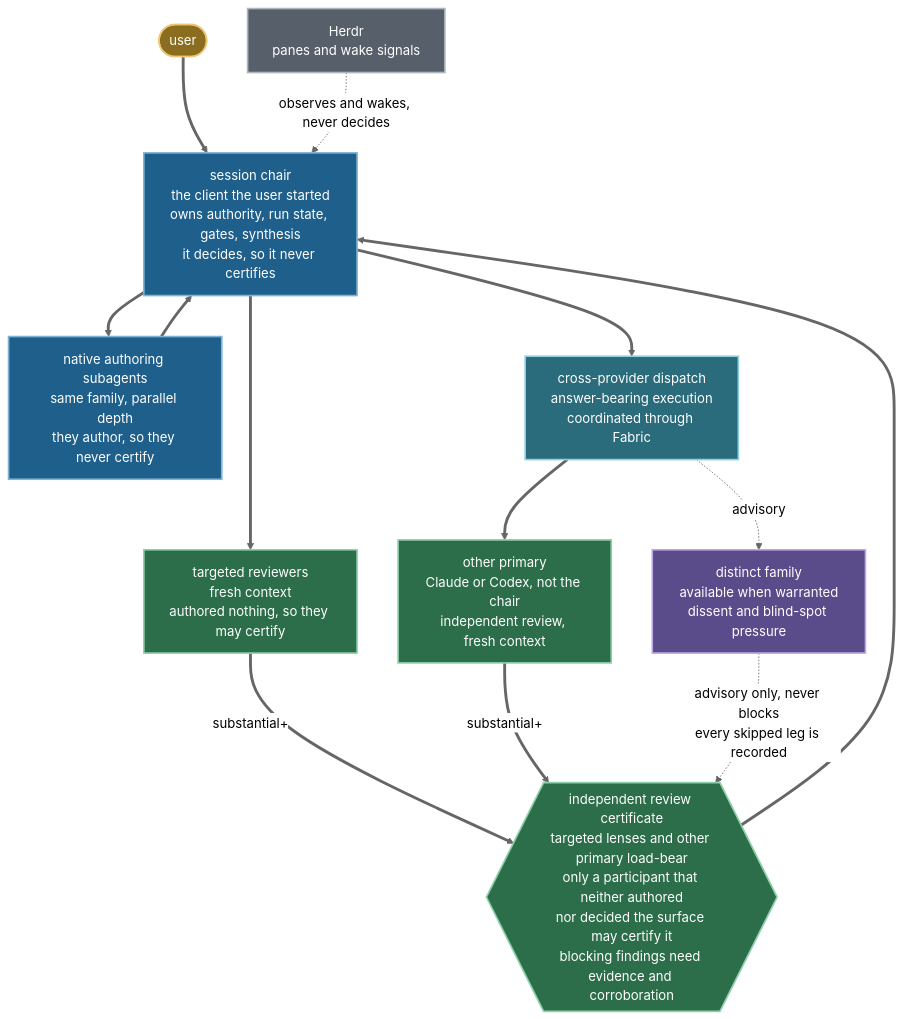
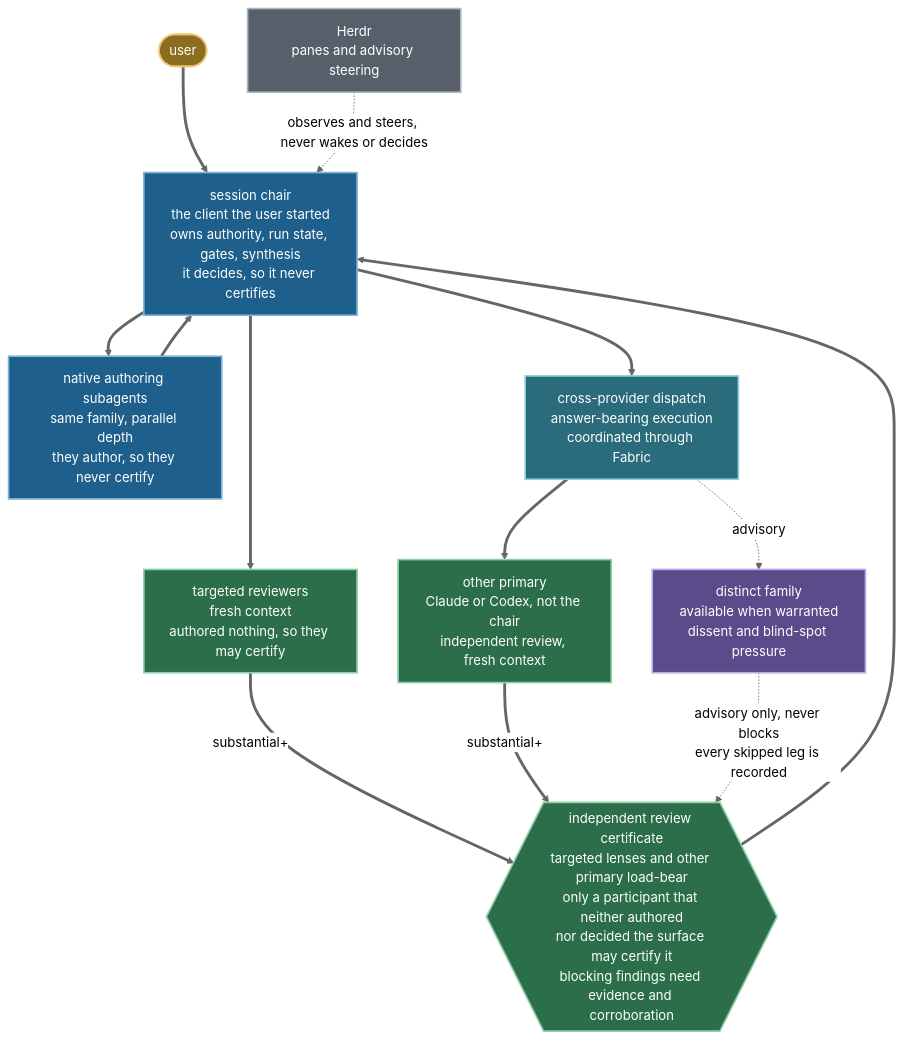
One commit to mblauberg/provenant changed the third of 3 diagrams in docs/ARCHITECTURE.md. Above: the diagram before and after it, drawn with Mermaid (neutral theme). The commit also changed other lines of this file and 23 other files, not shown here.

````diff
--- a/docs/ARCHITECTURE.md
+++ b/docs/ARCHITECTURE.md
@@ -286,37 +286,37 @@
 ```mermaid
 flowchart TB
     accTitle: Review topology, blocking and non-blocking legs
-    accDescr: The user starts one client, and that client is the session chair. The chair fans out to native authoring subagents in its own family for parallel depth; because they write the work they may never certify it, and neither may the chair, which decides. Review then runs on targeted lenses and the other primary from the substantial tier upwards. Those legs are drawn solid because they can block the run; the delivery validator rejects a receipt that reaches acceptance missing either requirement. A distinct family attaches through the same fabric as advisory pressure, drawn dashed because availability is risk-scaled and any skip is recorded. Herdr observes and wakes, drawn dotted, and never decides. Only a participant that neither authored nor decided the surface may sign the certificate.
+    accDescr: The user starts one client, and that client is the session chair. The chair fans out to native authoring subagents in its own family for parallel depth; because they write the work they may never certify it, and neither may the chair, which decides. Review then runs on targeted lenses and the other primary from the substantial tier upwards. Those legs are drawn solid because they can block the run; the delivery validator rejects a receipt that reaches acceptance missing either requirement. A distinct family attaches through the same fabric as advisory pressure, drawn dashed because availability is risk-scaled and any skip is recorded. Herdr observes and sends fire-and-forget steering, drawn dotted, and never decides. Only a participant that neither authored nor decided the surface may sign the certificate.
     HU(["user"]) ==> CH
 
     CH["session chair<br/>the client the user started<br/>owns authority, run state, gates, synthesis<br/>it decides, so it never certifies"]
 
     CH ==> SUB["native authoring subagents<br/>same family, parallel depth<br/>they author, so they never certify"]
     SUB ==> CH
 
     CH ==> NRV["targeted reviewers<br/>fresh context<br/>authored nothing, so they may certify"]
     CH ==> AF["cross-provider dispatch<br/>answer-bearing execution<br/>coordinated through Fabric"]
 
     AF ==> OP["other primary<br/>Claude or Codex, not the chair<br/>independent review, fresh context"]
     AF -. "advisory" .-> BF["distinct family<br/>available when warranted<br/>dissent and blind-spot pressure"]
 
     NRV == "substantial+" ==> CERT{{"independent review certificate<br/>targeted lenses and other primary load-bear<br/>only a participant that neither authored<br/>nor decided the surface may certify it<br/>blocking findings need evidence and corroboration"}}
     OP == "substantial+" ==> CERT
     BF -. "advisory only, never blocks<br/>every skipped leg is recorded" .-> CERT
 
     CERT ==> CH
-    HD["Herdr<br/>panes and wake signals"] -. "observes and wakes, never decides" .-> CH
+    HD["Herdr<br/>panes and advisory steering"] -. "observes and steers, never wakes or decides" .-> CH
 
     classDef user fill:#8a6d1f,stroke:#f0c674,color:#ffffff,stroke-width:2px
     classDef actor fill:#1f5f8b,stroke:#7fb3d5,color:#ffffff,stroke-width:2px
     classDef transport fill:#2a6b7c,stroke:#8fcfdd,color:#ffffff,stroke-width:2px
     classDef blocking fill:#2c6e49,stroke:#8fd0aa,color:#ffffff,stroke-width:2px
     classDef advisory fill:#5a4b8a,stroke:#c0a8e8,color:#ffffff,stroke-width:2px
     classDef inert fill:#57606a,stroke:#adb5bd,color:#ffffff,stroke-width:2px
     class HU user
     class CH,SUB actor
     class AF transport
     class NRV,OP,CERT blocking
     class BF advisory
     class HD inert
 ```
````
